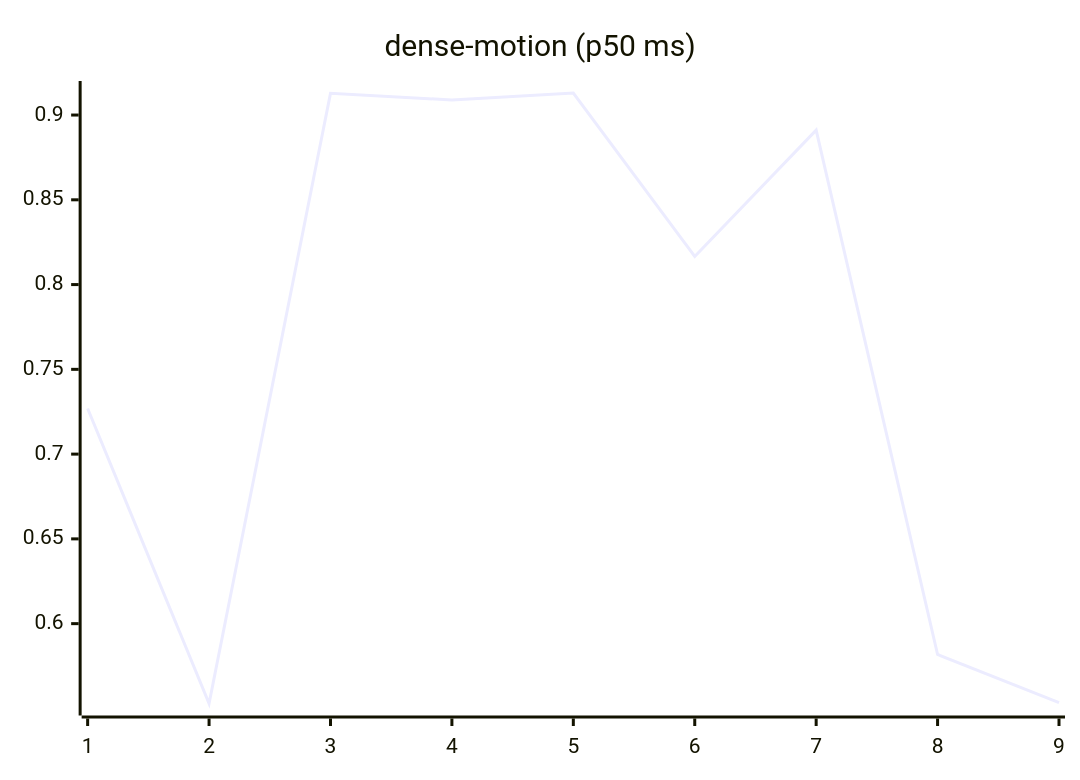
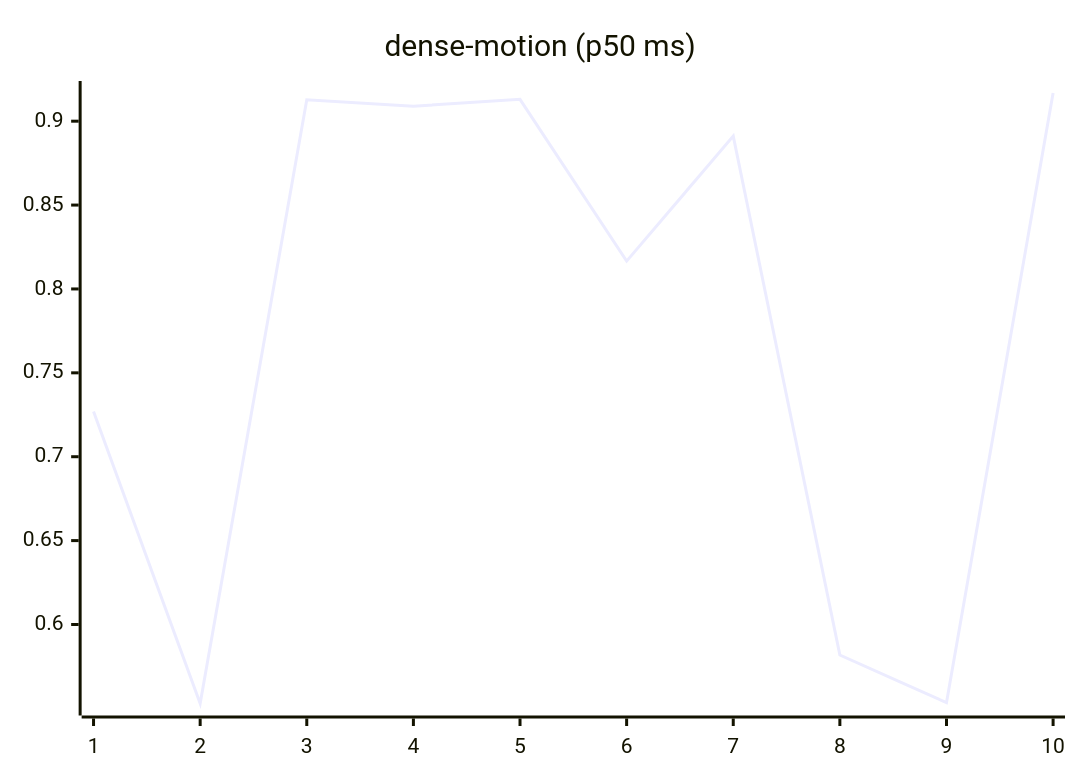
The ninth of 27 diagrams in README.md (josha/Facet), drawn with Mermaid before and after one commit. The commit also changed other lines of this file and 2 other files, not shown here.

````diff
--- a/README.md
+++ b/README.md
@@ -119,6 +119,6 @@
 ```mermaid
 xychart-beta
     title "dense-motion (p50 ms)"
-    x-axis 1 --> 9
-    line [0.7269, 0.5529, 0.9128, 0.9089, 0.9130, 0.8166, 0.8911, 0.5818, 0.5534]
+    x-axis 1 --> 10
+    line [0.7269, 0.5529, 0.9128, 0.9089, 0.9130, 0.8166, 0.8911, 0.5818, 0.5534, 0.9168]
 ```
````
